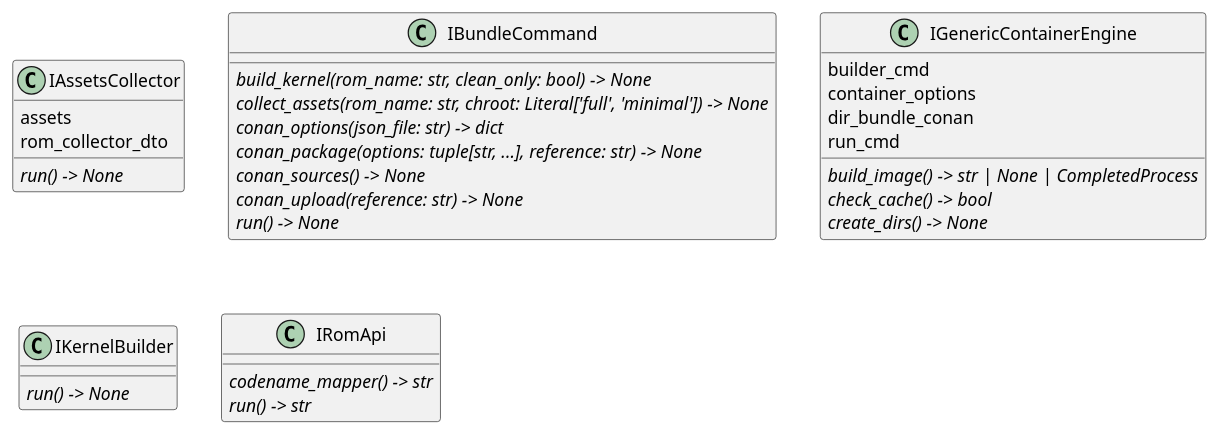
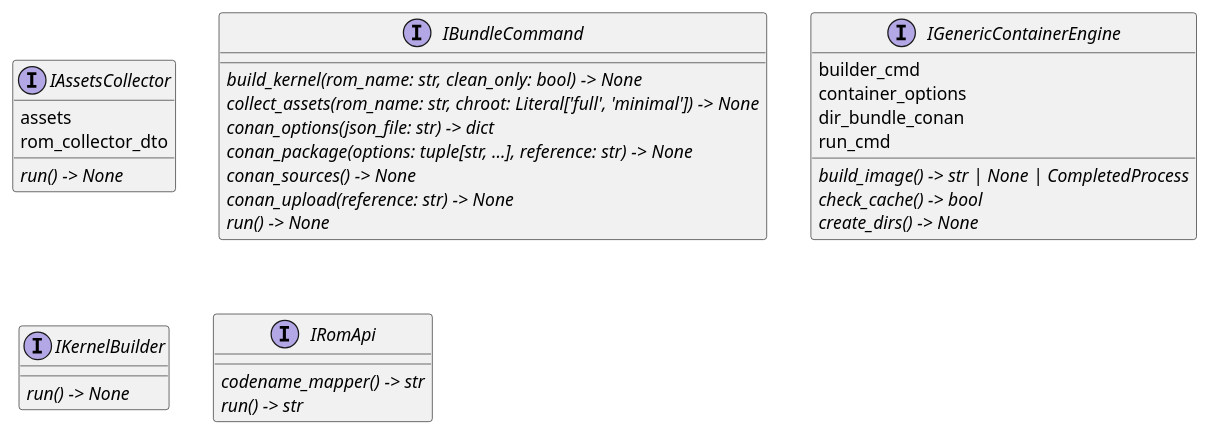
The diagram in docs/architecture/interfaces/classes.puml (seppzer0/zero_kernel), drawn with PlantUML before and after one commit. The commit also changed 1 other file, not shown here.

Commit message:
scripts: update interface recognition for docs generation

```diff
--- a/docs/architecture/interfaces/classes.puml
+++ b/docs/architecture/interfaces/classes.puml
@@ -1,33 +1,33 @@
 @startuml classes
 set namespaceSeparator none
-class "IAssetsCollector" as interfaces.modules.IAssetsCollector {
+interface "IAssetsCollector" as interfaces.modules.IAssetsCollector {
   assets
   rom_collector_dto
   {abstract}run() -> None
 }
-class "IBundleCommand" as interfaces.commands.IBundleCommand {
+interface "IBundleCommand" as interfaces.commands.IBundleCommand {
   {abstract}build_kernel(rom_name: str, clean_only: bool) -> None
   {abstract}collect_assets(rom_name: str, chroot: Literal['full', 'minimal']) -> None
   {abstract}conan_options(json_file: str) -> dict
   {abstract}conan_package(options: tuple[str, ...], reference: str) -> None
   {abstract}conan_sources() -> None
   {abstract}conan_upload(reference: str) -> None
   {abstract}run() -> None
 }
-class "IGenericContainerEngine" as interfaces.engines.IGenericContainerEngine {
+interface "IGenericContainerEngine" as interfaces.engines.IGenericContainerEngine {
   builder_cmd
   container_options
   dir_bundle_conan
   run_cmd
   {abstract}build_image() -> str | None | CompletedProcess
   {abstract}check_cache() -> bool
   {abstract}create_dirs() -> None
 }
-class "IKernelBuilder" as interfaces.modules.IKernelBuilder {
+interface "IKernelBuilder" as interfaces.modules.IKernelBuilder {
   {abstract}run() -> None
 }
-class "IRomApi" as interfaces.clients.IRomApi {
+interface "IRomApi" as interfaces.clients.IRomApi {
   {abstract}codename_mapper() -> str
   {abstract}run() -> str
 }
 @enduml
```
